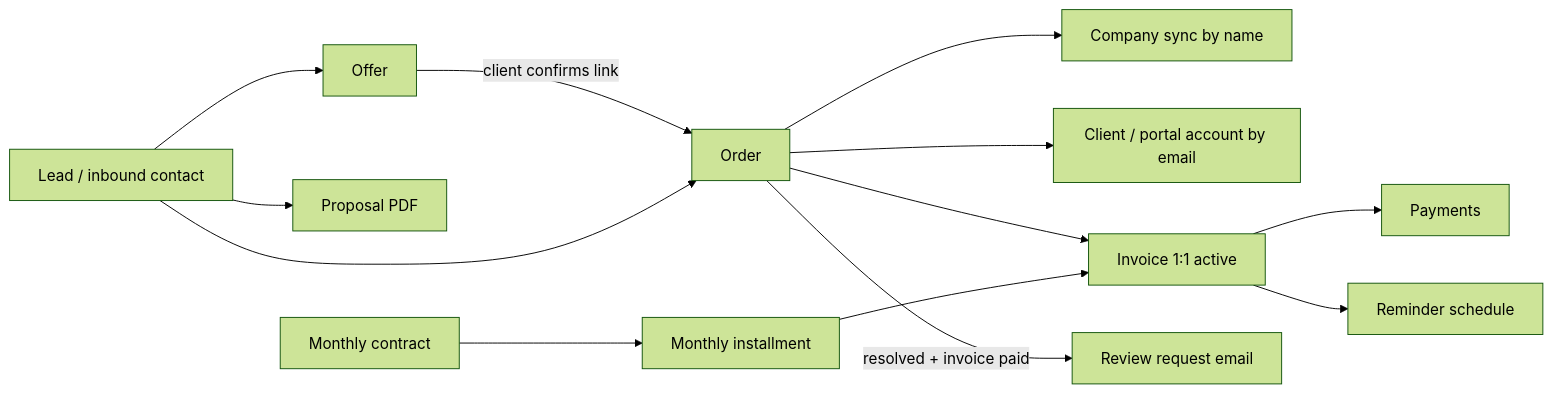
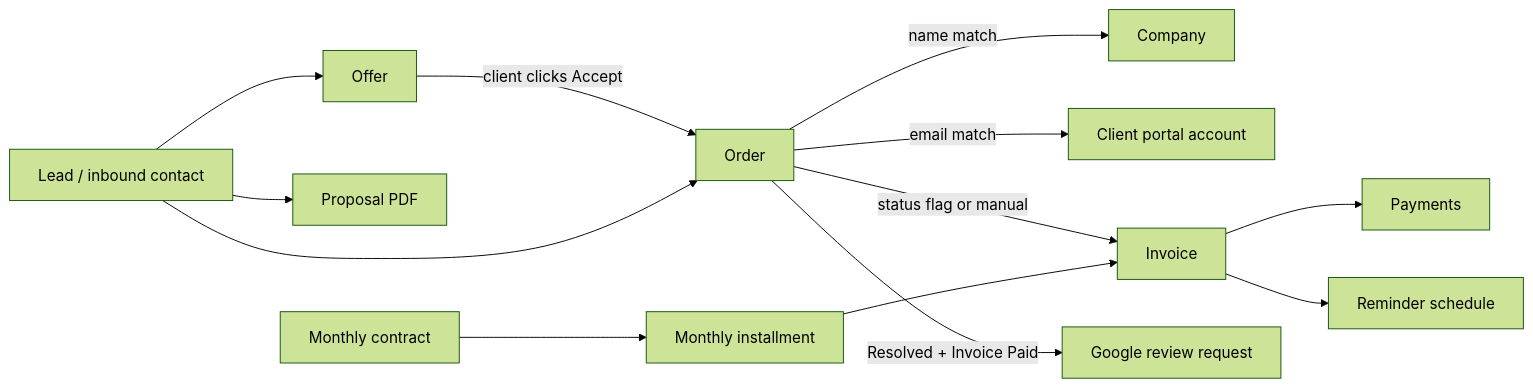
The first of 2 diagrams in SYSTEM_SPEC.md (ElvisAhmetovic/compass-order-hub), drawn with Mermaid (forest theme) before and after one commit. The commit also changed other lines of this file, not shown here.

````diff
--- a/SYSTEM_SPEC.md
+++ b/SYSTEM_SPEC.md
@@ -38,14 +60,14 @@
 ```mermaid
 flowchart LR
   L[Lead / inbound contact] --> OF[Offer]
   L --> PR[Proposal PDF]
-  OF -->|client confirms link| OR[Order]
+  OF -->|client clicks Accept| OR[Order]
   L --> OR
-  OR --> CO[Company sync by name]
-  OR --> CL[Client / portal account by email]
-  OR --> INV[Invoice 1:1 active]
+  OR -->|name match| CO[Company]
+  OR -->|email match| CL[Client portal account]
+  OR -->|status flag or manual| INV[Invoice]
   INV --> PAY[Payments]
   INV --> REM[Reminder schedule]
-  OR -->|resolved + invoice paid| REV[Review request email]
+  OR -->|Resolved + Invoice Paid| REV[Google review request]
   MC[Monthly contract] --> MI[Monthly installment] --> INV
 ```
````
